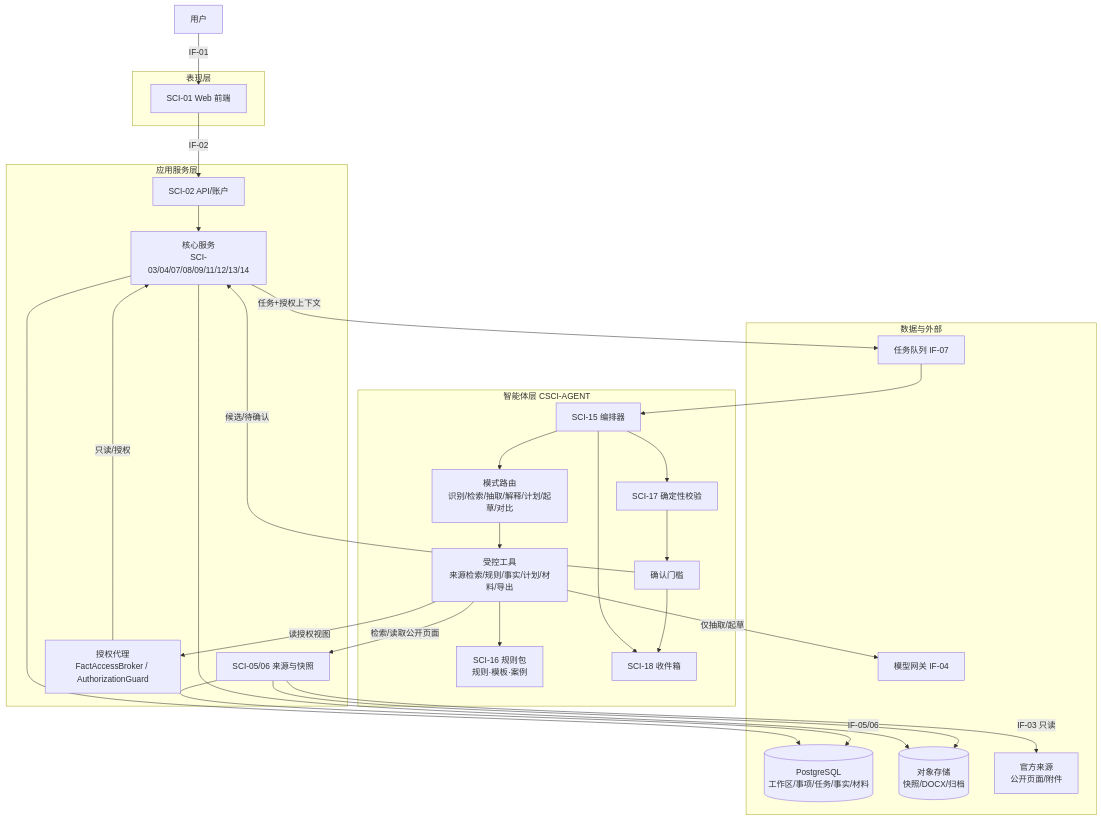
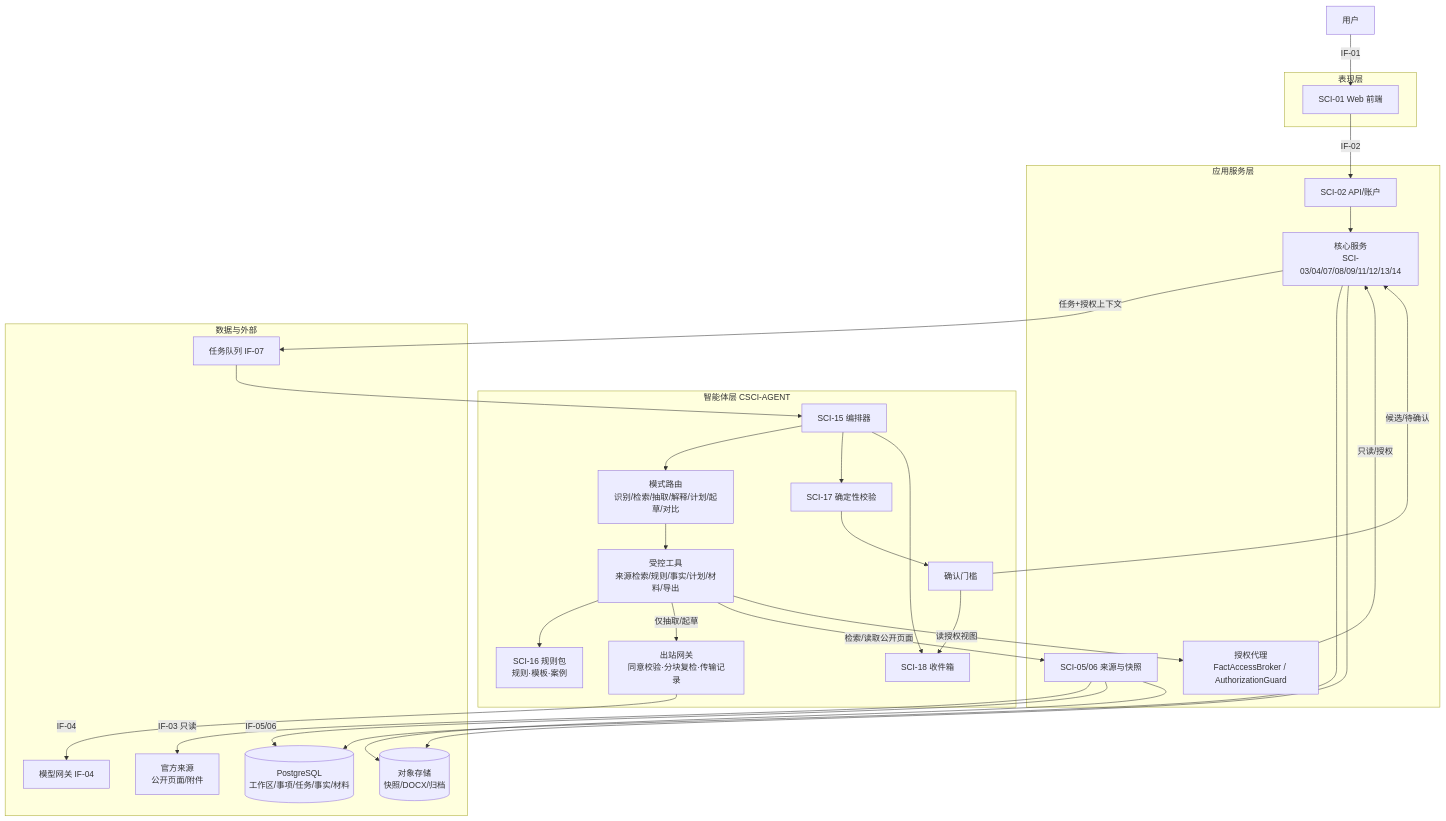
Before and after one commit to LotteryCamp/OfferPilot: the ninth of 23 diagrams in docs/design/system-design/offerpilot-system-design.md, drawn with Mermaid. The commit also changed other lines of this file and 1 other file, not shown here.

````diff
--- a/docs/design/system-design/offerpilot-system-design.md
+++ b/docs/design/system-design/offerpilot-system-design.md
@@ -1094,51 +1115,53 @@
 ```mermaid
 flowchart TB
     STU["用户"]
     subgraph UX["表现层"]
         WEB["SCI-01 Web 前端"]
     end
     subgraph APP["应用服务层"]
         API["SCI-02 API/账户"]
         CORE["核心服务<br/>SCI-03/04/07/08/09/11/12/13/14"]
         SRC["SCI-05/06 来源与快照"]
         AUTHZ["授权代理<br/>FactAccessBroker / AuthorizationGuard"]
     end
     subgraph AG["智能体层 CSCI-AGENT"]
         ORCH["SCI-15 编排器"]
         MODES["模式路由<br/>识别/检索/抽取/解释/计划/起草/对比"]
         TOOLS["受控工具<br/>来源检索/规则/事实/计划/材料/导出"]
+        OGW["出站网关<br/>同意校验·分块复检·传输记录"]
         KP["SCI-16 规则包<br/>规则·模板·案例"]
         VAL["SCI-17 确定性校验"]
         GATE["确认门槛"]
         INBOX["SCI-18 收件箱"]
     end
     subgraph INF["数据与外部"]
         DB[("PostgreSQL<br/>工作区/事项/任务/事实/材料")]
         OBJ[("对象存储<br/>快照/DOCX/归档")]
         Q["任务队列 IF-07"]
         LLM["模型网关 IF-04"]
         OFF["官方来源<br/>公开页面/附件"]
     end
     STU -->|"IF-01"| WEB
     WEB -->|"IF-02"| API
     API --> CORE
     CORE -->|"任务+授权上下文"| Q
     Q --> ORCH
     ORCH --> MODES
     MODES --> TOOLS
     TOOLS --> KP
-    TOOLS -->|"仅抽取/起草"| LLM
+    TOOLS -->|"仅抽取/起草"| OGW
+    OGW -->|"IF-04"| LLM
     TOOLS -->|"检索/读取公开页面"| SRC
     SRC -->|"IF-03 只读"| OFF
     TOOLS -->|"读授权视图"| AUTHZ
     AUTHZ -->|"只读/授权"| CORE
     SRC -->|"IF-05/06"| DB
     SRC --> OBJ
     ORCH --> VAL
     VAL --> GATE
     GATE -->|"候选/待确认"| CORE
     GATE --> INBOX
     ORCH --> INBOX
     CORE --> DB
     CORE --> OBJ
 ```
````
